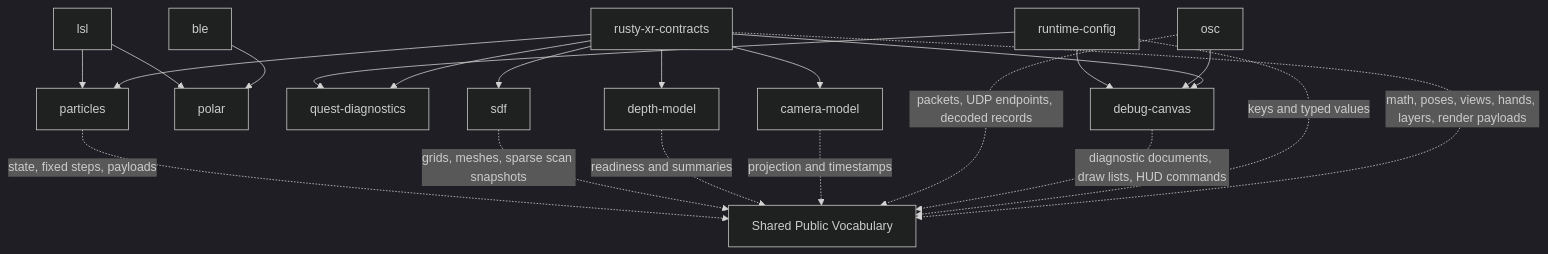
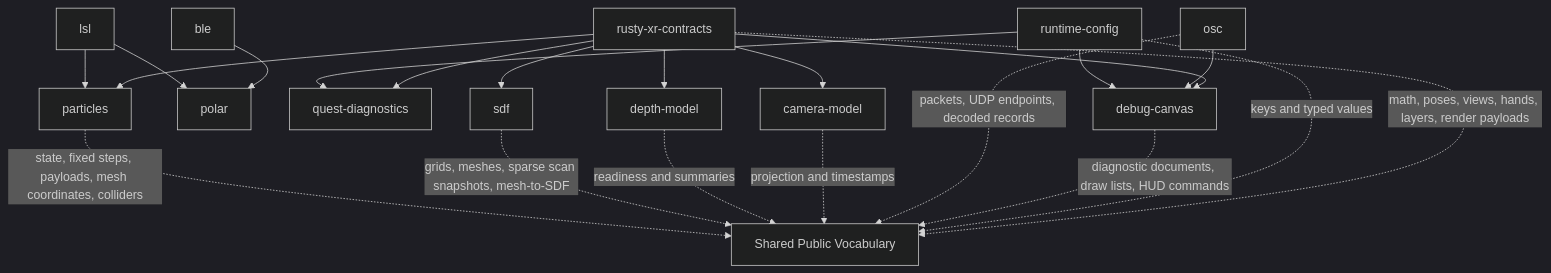
Before and after one commit to MesmerPrism/Rusty-XR: the diagram in docs/diagrams/crate-map.mmd, drawn with Mermaid (dark theme). The commit also changed 17 other files, not shown here.

```diff
--- a/docs/diagrams/crate-map.mmd
+++ b/docs/diagrams/crate-map.mmd
@@ -1,35 +1,35 @@
 flowchart TB
   contracts["rusty-xr-contracts"]
   runtime["runtime-config"]
   ble["ble"]
   debug["debug-canvas"]
   lsl["lsl"]
   osc["osc"]
   polar["polar"]
   quest["quest-diagnostics"]
   camera["camera-model"]
   depth["depth-model"]
   sdf["sdf"]
   particles["particles"]
 
   contracts --> camera
   contracts --> depth
   contracts --> sdf
   contracts --> particles
   contracts --> quest
   contracts --> debug
   ble --> polar
   lsl --> polar
   lsl --> particles
   osc --> debug
   runtime --> quest
   runtime --> debug
 
   contracts -.->|"math, poses, views, hands, layers, render payloads"| shared["Shared Public Vocabulary"]
   runtime -.->|"keys and typed values"| shared
   debug -.->|"diagnostic documents, draw lists, HUD commands"| shared
   osc -.->|"packets, UDP endpoints, decoded records"| shared
   camera -.->|"projection and timestamps"| shared
   depth -.->|"readiness and summaries"| shared
-  sdf -.->|"grids, meshes, sparse scan snapshots"| shared
-  particles -.->|"state, fixed steps, payloads"| shared
+  sdf -.->|"grids, meshes, sparse scan snapshots, mesh-to-SDF"| shared
+  particles -.->|"state, fixed steps, payloads, mesh coordinates, colliders"| shared
```
